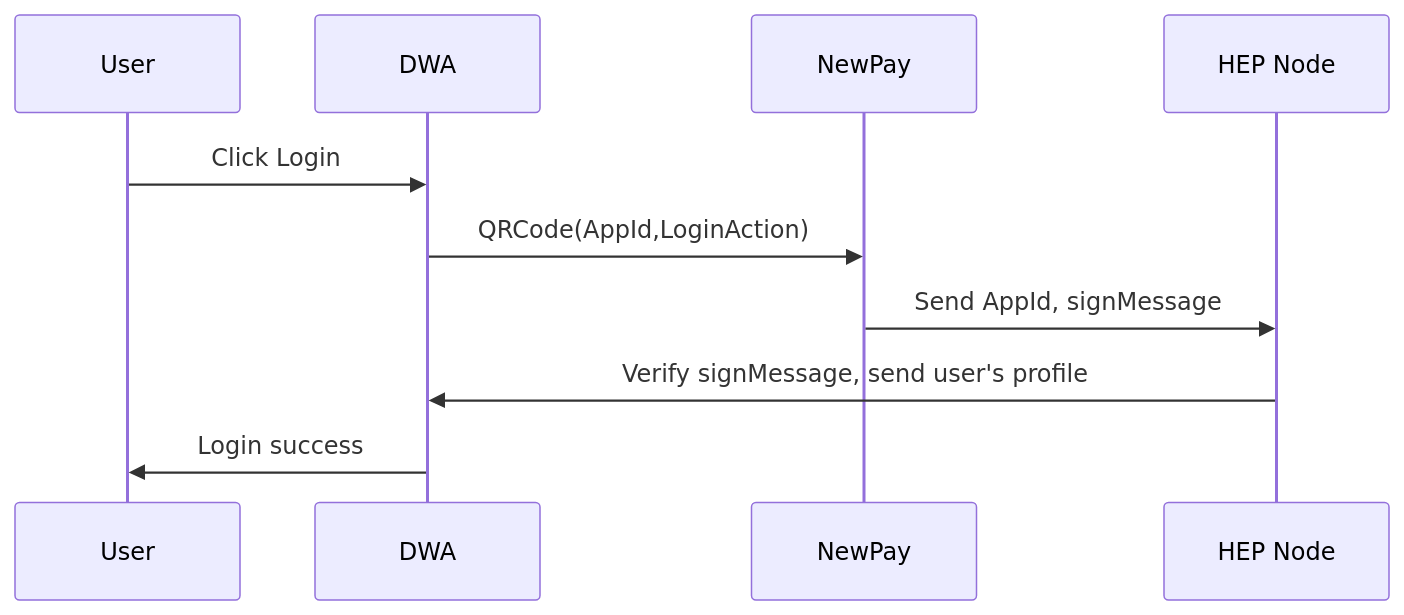
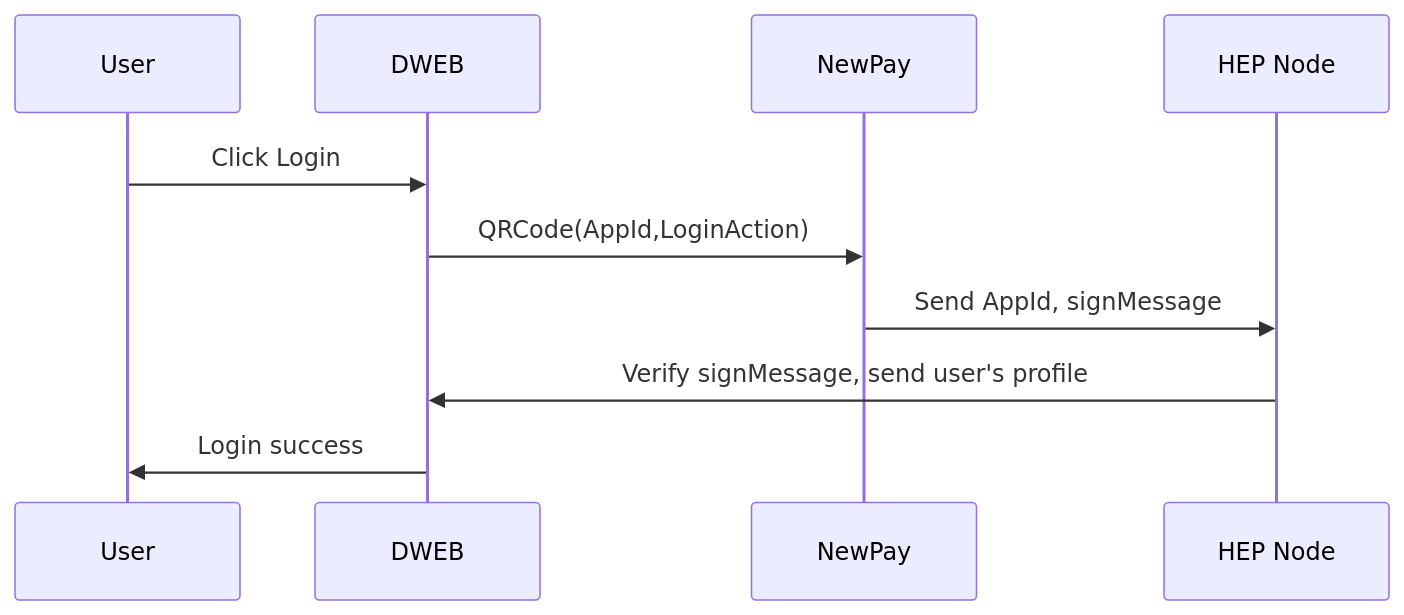
One commit to newtonproject/HEP-specification changed the first of 3 diagrams in hep-node/DWEB 上链流程.md. Above: the diagram before and after it, drawn with Mermaid. The commit also changed other lines of this file, not shown here.

Commit message:
Update DWEB 上链流程.md

````diff
--- a/hep-node/DWEB 上链流程.md
+++ b/hep-node/DWEB 上链流程.md
@@ -2,12 +2,12 @@
 ```mermaid
 sequenceDiagram;
     participant User;
-    participant DWA;
+    participant DWEB;
 	participant NewPay;
 	participant HEP Node;
-    User->>DWA: Click Login;
-    DWA->>NewPay: QRCode(AppId,LoginAction)
+    User->>DWEB: Click Login;
+    DWEB->>NewPay: QRCode(AppId,LoginAction)
     NewPay->>HEP Node:Send AppId, signMessage;
-    HEP Node->> DWA: Verify signMessage, send user's profile;
-    DWA->>User:Login success;
+    HEP Node->> DWEB: Verify signMessage, send user's profile;
+    DWEB->>User:Login success;
 ```
````
